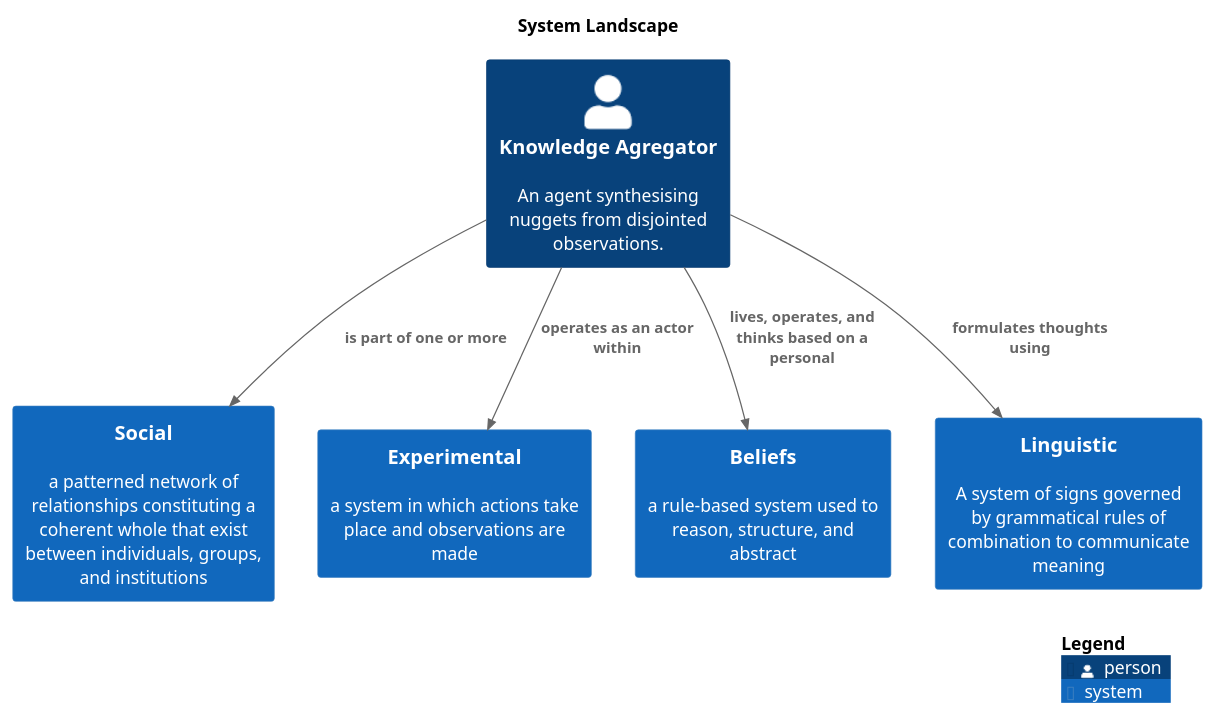
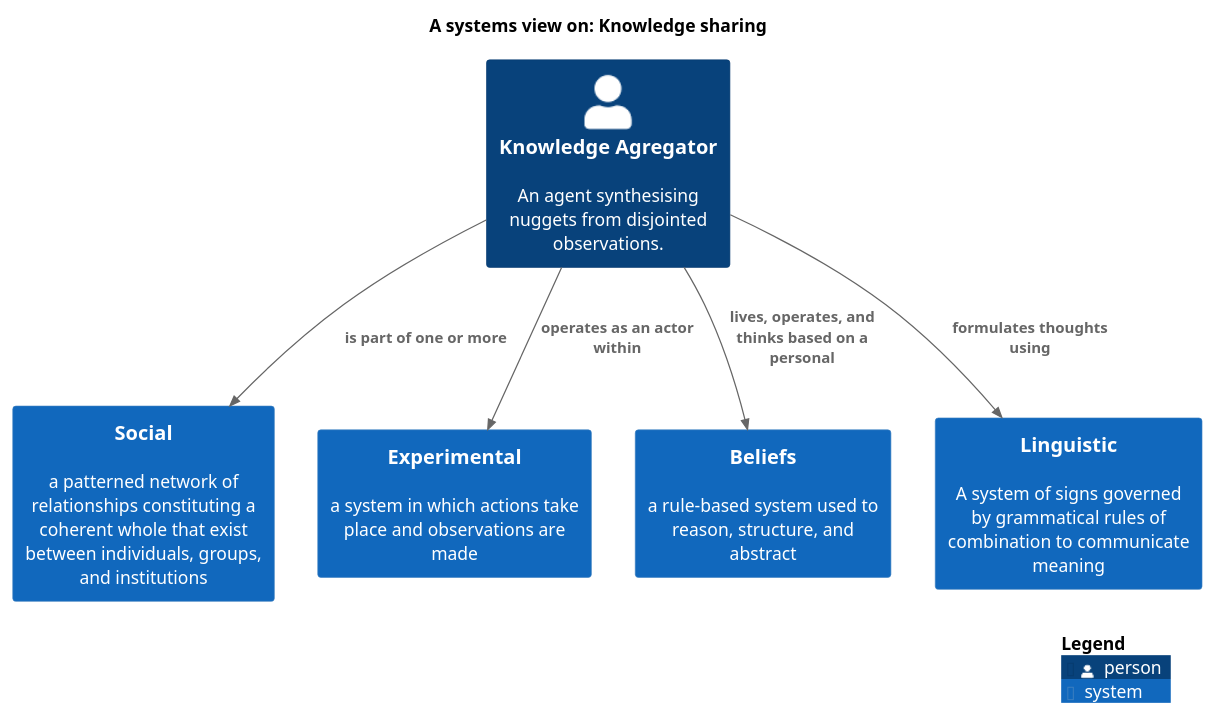
One commit to sddevelopment-be/penguin-pragmatic-patterns changed the diagram in src/0_Pattern_Language/SystemLandscape.puml. Above: the diagram before and after it, drawn with PlantUML. The commit also changed 6 other files, not shown here.

```diff
--- a/src/0_Pattern_Language/SystemLandscape.puml
+++ b/src/0_Pattern_Language/SystemLandscape.puml
@@ -1,21 +1,21 @@
 @startuml
-title System Landscape
+title A systems view on: Knowledge sharing
 
 top to bottom direction
 
 !include https://raw.githubusercontent.com/plantuml-stdlib/C4-PlantUML/master/C4.puml
 !include https://raw.githubusercontent.com/plantuml-stdlib/C4-PlantUML/master/C4_Context.puml
 
 System(Social, "Social", "a patterned network of relationships constituting a coherent whole that exist between individuals, groups, and institutions", $tags="Element+Software System+people")
 System(Experimental, "Experimental", "a system in which actions take place and observations are made", $tags="Element+Software System+science")
 System(Beliefs, "Beliefs", "a rule-based system used to reason, structure, and abstract", $tags="Element+Software System+mind")
 System(Linguistic, "Linguistic", "A system of signs governed by grammatical rules of combination to communicate meaning", $tags="Element+Software System+communication")
 Person(KnowledgeAgregator, "Knowledge Agregator", "An agent synthesising nuggets from disjointed observations.", $tags="Element+Person")
 
 Rel_D(KnowledgeAgregator, Linguistic, "formulates thoughts using", $tags="Relationship")
 Rel_D(KnowledgeAgregator, Beliefs, "lives, operates, and thinks based on a personal", $tags="Relationship")
 Rel_D(KnowledgeAgregator, Experimental, "operates as an actor within", $tags="Relationship")
 Rel_D(KnowledgeAgregator, Social, "is part of one or more", $tags="Relationship")
 
 SHOW_LEGEND()
 @enduml
```
